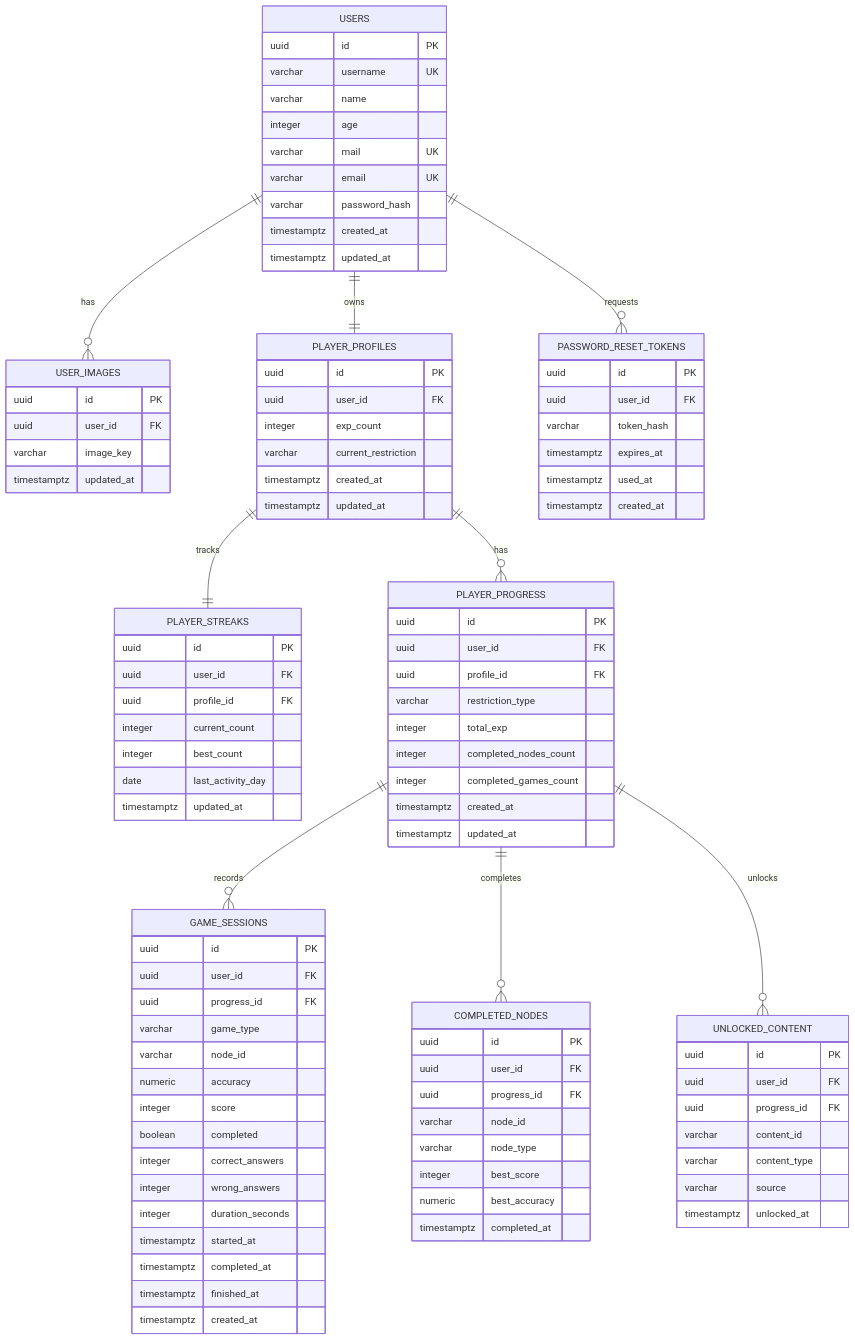
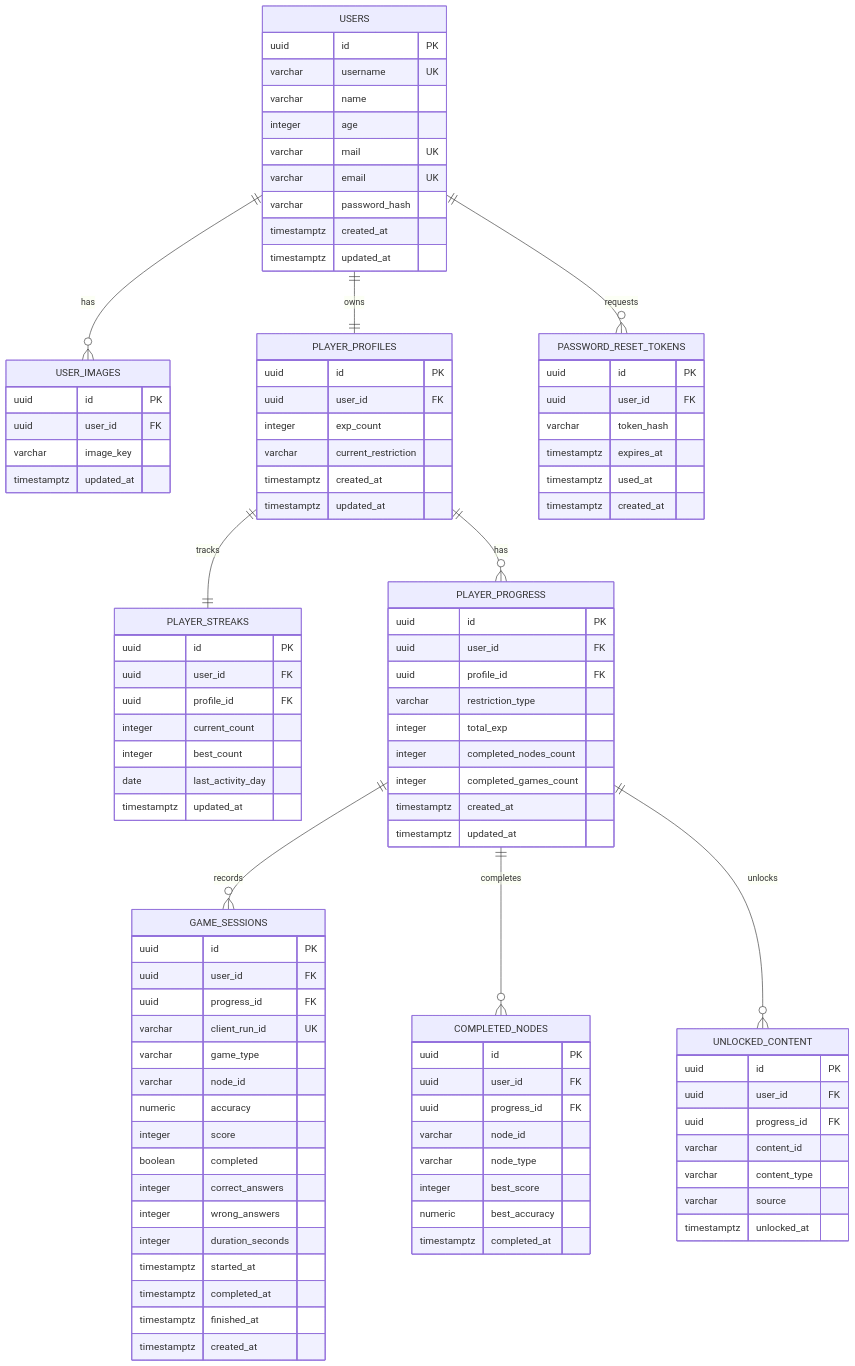
The diagram in BACKEND/docs/DER.md (TTIP-e-vidente/e-vidente), drawn with Mermaid before and after one commit. The commit also changed other lines of this file and 10 other files, not shown here.

```diff
--- a/BACKEND/docs/DER.md
+++ b/BACKEND/docs/DER.md
@@ -103,6 +103,7 @@
     uuid id PK
     uuid user_id FK
     uuid progress_id FK
+    varchar client_run_id UK
     varchar game_type
     varchar node_id
     numeric accuracy
```
